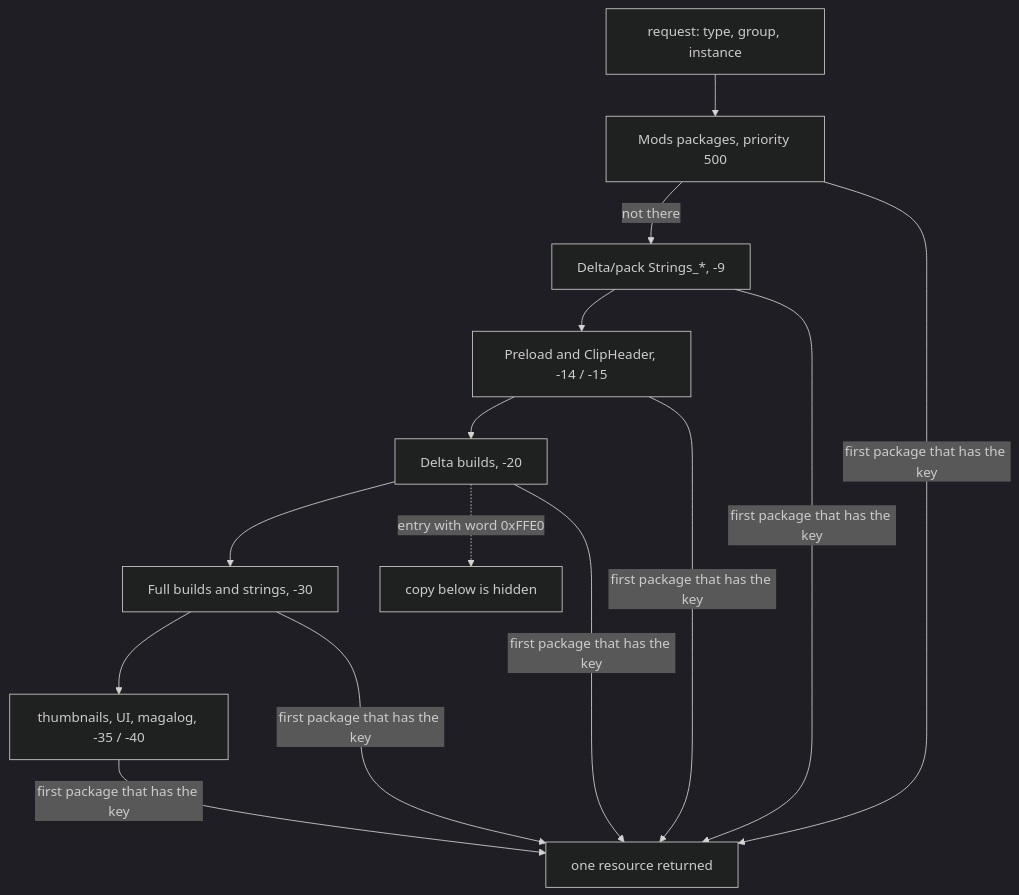
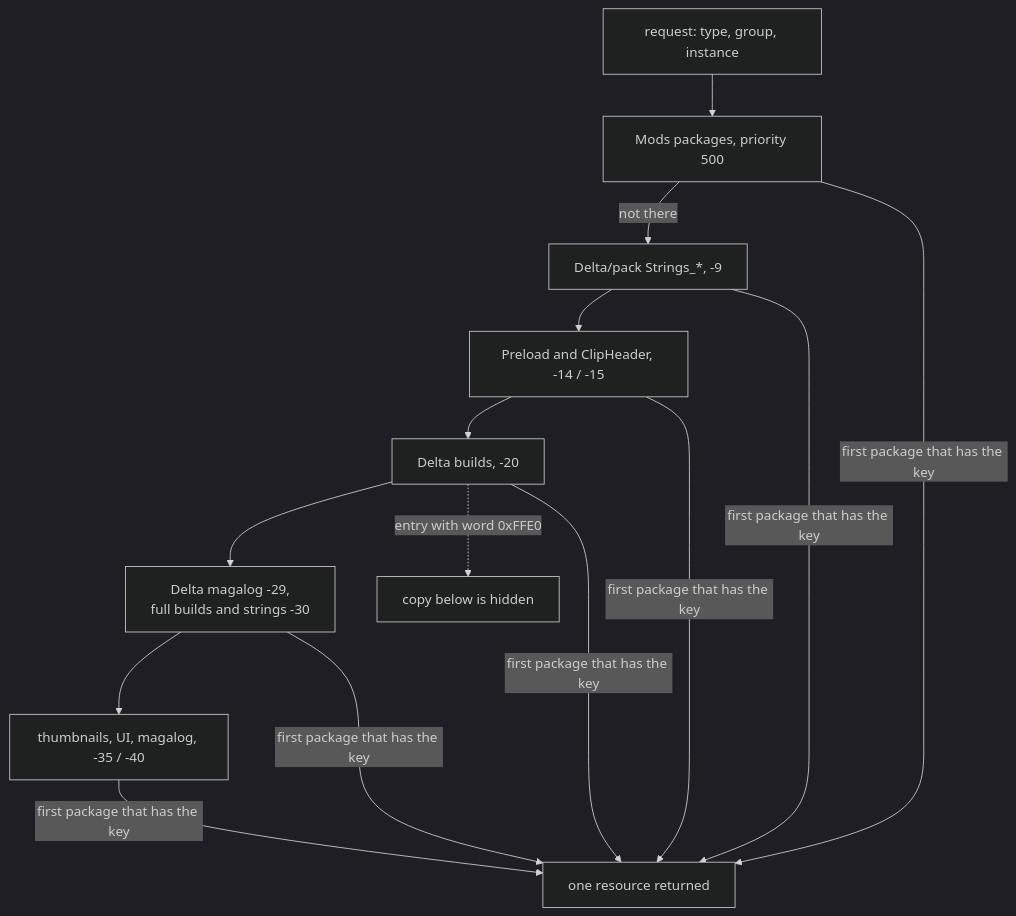
One commit to sudo-ezekiel/how-the-sims-4-works changed the second of 2 diagrams in src/8.01-package-files.md. Above: the diagram before and after it, drawn with Mermaid (dark theme). The commit also changed other lines of this file and 60 other files, not shown here.

````diff
--- a/src/8.01-package-files.md
+++ b/src/8.01-package-files.md
@@ -133,11 +133,11 @@
 ```mermaid
 flowchart TD
   Q["request: type, group, instance"] --> M500["Mods packages, priority 500"]
   M500 -->|"not there"| P9["Delta/pack Strings_*, -9"]
   P9 --> P15["Preload and ClipHeader, -14 / -15"]
   P15 --> P20["Delta builds, -20"]
-  P20 --> P30["Full builds and strings, -30"]
+  P20 --> P30["Delta magalog -29,<br/>full builds and strings -30"]
   P30 --> P40["thumbnails, UI, magalog, -35 / -40"]
   P20 -. "entry with word 0xFFE0" .-> X["copy below is hidden"]
   M500 & P9 & P15 & P20 & P30 & P40 -->|"first package that has the key"| R["one resource returned"]
 ```
````
